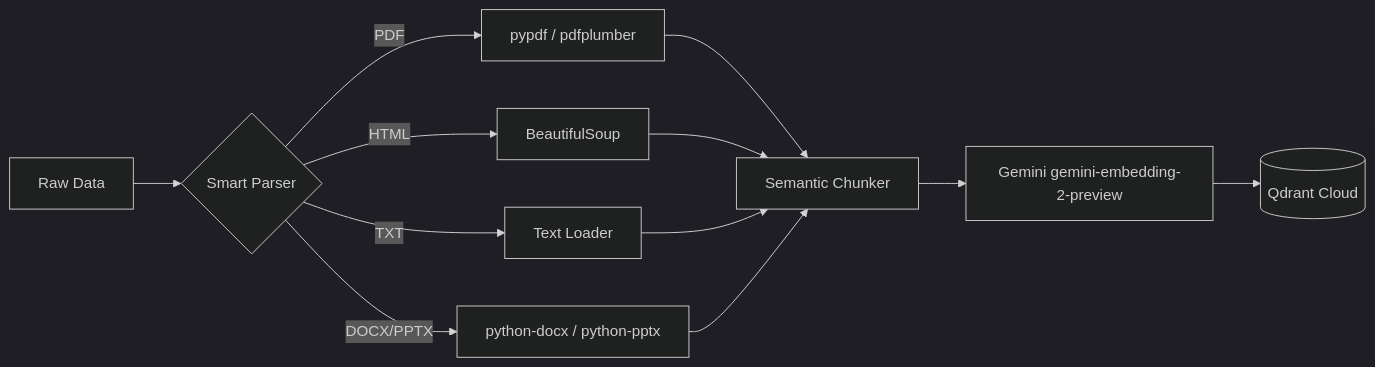
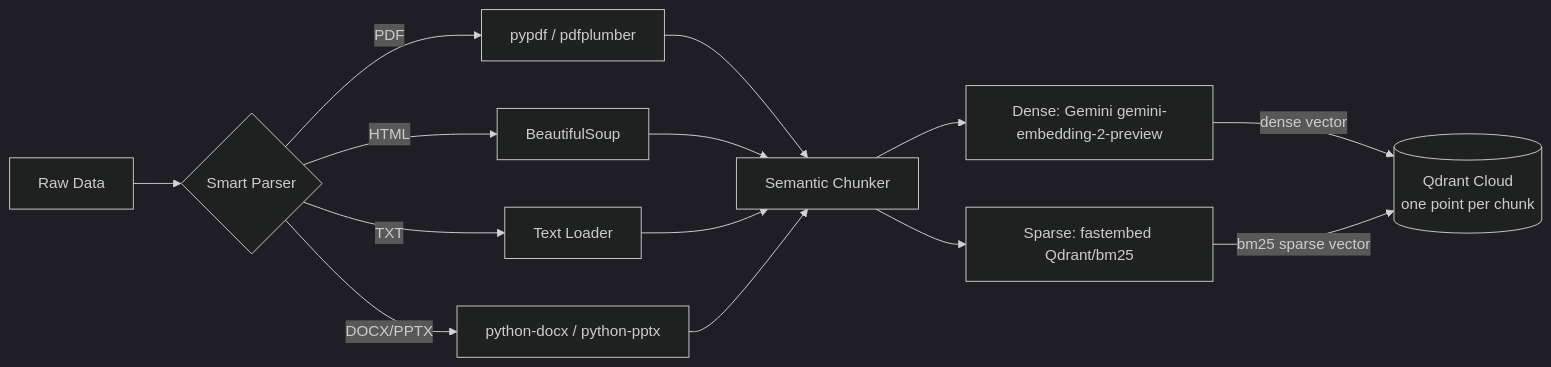
Before and after one commit to anilgehlotn/enterprise-agentic-rag: the diagram in DOCS/02_INGESTION_ENGINE.md, drawn with Mermaid (dark theme). The commit also changed other lines of this file and 33 other files, not shown here.

````diff
--- a/DOCS/02_INGESTION_ENGINE.md
+++ b/DOCS/02_INGESTION_ENGINE.md
@@ -6,14 +6,16 @@
 ```mermaid
 graph LR
     Raw[Raw Data] --> Parser{Smart Parser}
     Parser -->|PDF| Local[pypdf / pdfplumber]
     Parser -->|HTML| BS4[BeautifulSoup]
     Parser -->|TXT| Simple[Text Loader]
     Parser -->|DOCX/PPTX| Office[python-docx / python-pptx]
     Local --> Chunker[Semantic Chunker]
     BS4 --> Chunker
     Simple --> Chunker
     Office --> Chunker
-    Chunker --> Embedder[Gemini gemini-embedding-2-preview]
-    Embedder --> VectorDB[(Qdrant Cloud)]
+    Chunker --> Embedder[Dense: Gemini gemini-embedding-2-preview]
+    Chunker --> Sparse[Sparse: fastembed Qdrant/bm25]
+    Embedder -->|"dense" vector| VectorDB[(Qdrant Cloud<br/>one point per chunk)]
+    Sparse -->|"bm25" sparse vector| VectorDB
 ```
````
